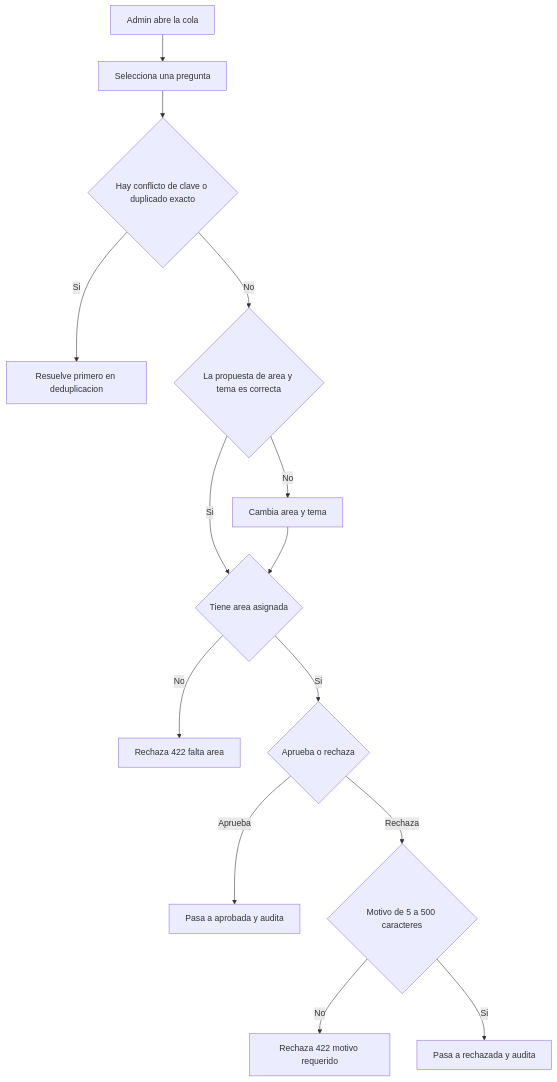
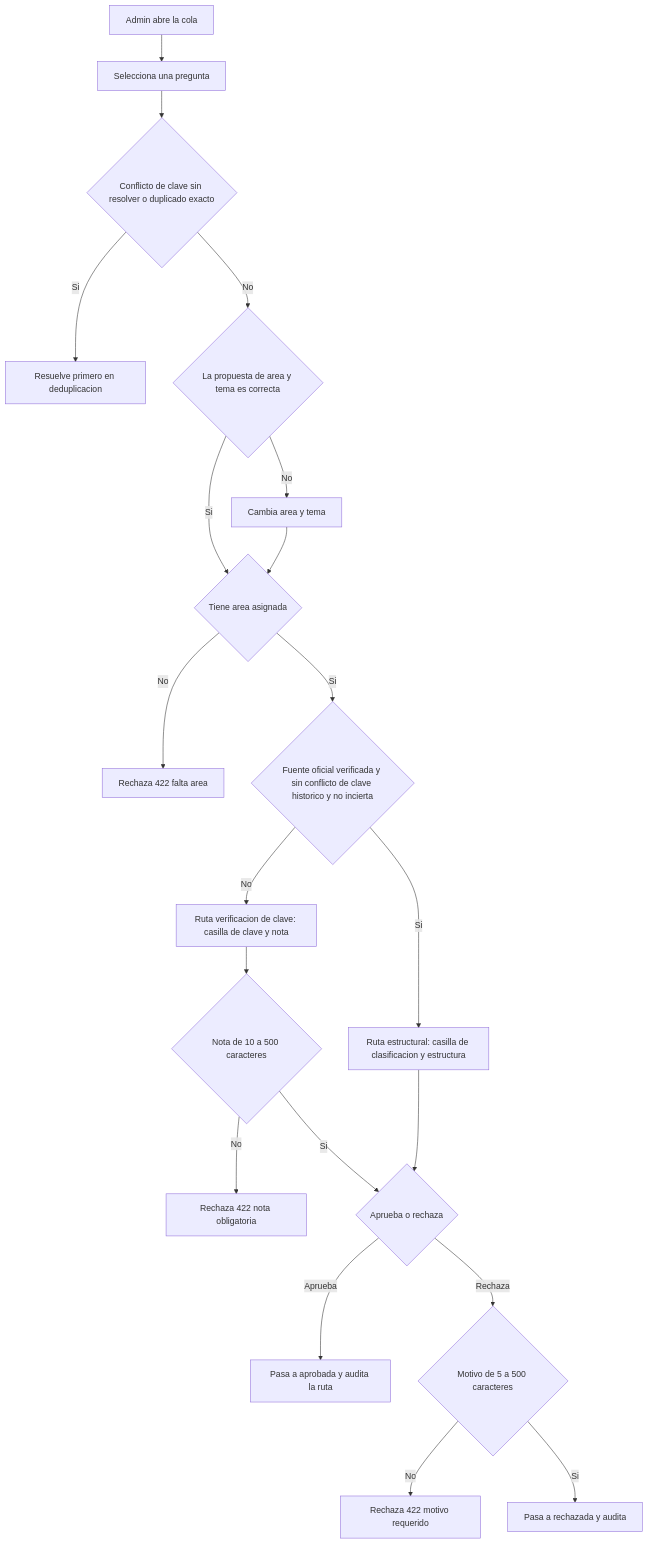
Before and after one commit to bacsystem/learning: the diagram in docs/stories/serums-ia/E3-05-revision-clasificacion.md, drawn with Mermaid. The commit also changed other lines of this file and 33 other files, not shown here.

````diff
--- a/docs/stories/serums-ia/E3-05-revision-clasificacion.md
+++ b/docs/stories/serums-ia/E3-05-revision-clasificacion.md
@@ -26,16 +35,22 @@
 ```mermaid
 flowchart TD
   A[Admin abre la cola] --> B[Selecciona una pregunta]
-  B --> C{Hay conflicto de clave o duplicado exacto}
+  B --> C{Conflicto de clave sin resolver o duplicado exacto}
   C -- Si --> D[Resuelve primero en deduplicacion]
   C -- No --> E{La propuesta de area y tema es correcta}
+  E -- No --> G[Cambia area y tema]
   E -- Si --> F{Tiene area asignada}
-  E -- No --> G[Cambia area y tema]
   G --> F
   F -- No --> X1[Rechaza 422 falta area]
-  F -- Si --> H{Aprueba o rechaza}
-  H -- Aprueba --> I[Pasa a aprobada y audita]
+  F -- Si --> R{Fuente oficial verificada y sin conflicto de clave historico y no incierta}
+  R -- Si --> S[Ruta estructural: casilla de clasificacion y estructura]
+  R -- No --> V[Ruta verificacion de clave: casilla de clave y nota]
+  V --> N{Nota de 10 a 500 caracteres}
+  N -- No --> X3[Rechaza 422 nota obligatoria]
+  N -- Si --> H{Aprueba o rechaza}
+  S --> H
+  H -- Aprueba --> I[Pasa a aprobada y audita la ruta]
   H -- Rechaza --> J{Motivo de 5 a 500 caracteres}
   J -- No --> X2[Rechaza 422 motivo requerido]
   J -- Si --> K[Pasa a rechazada y audita]
 ```
````
